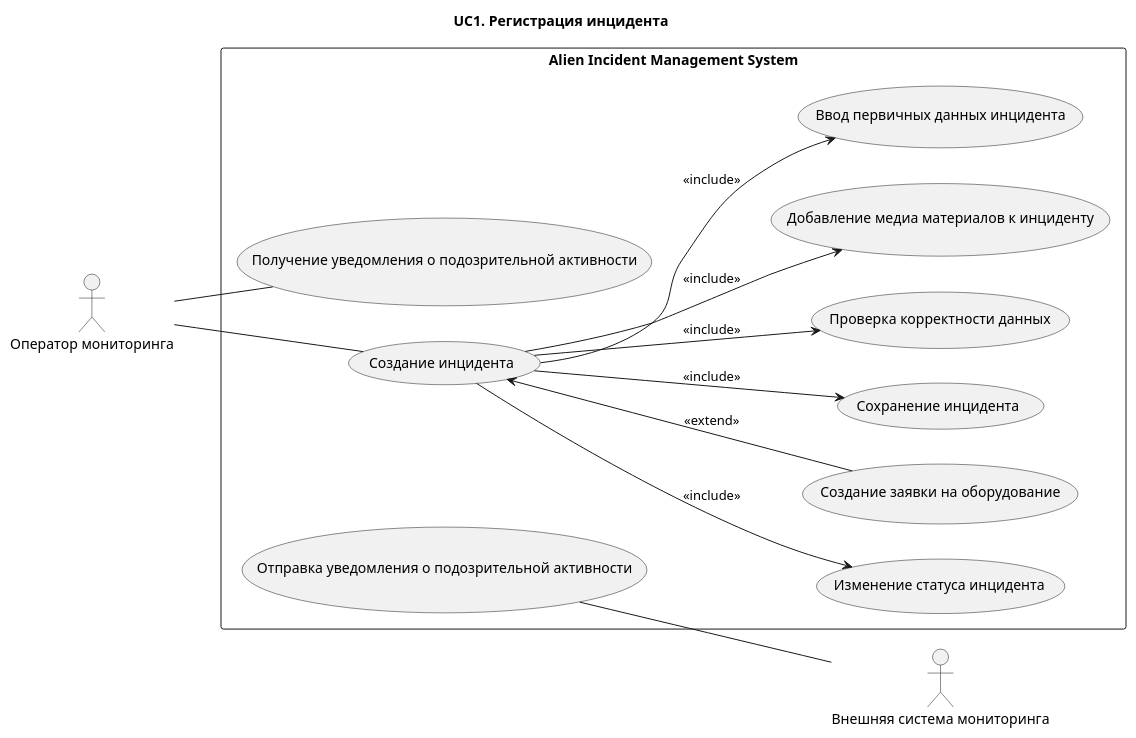
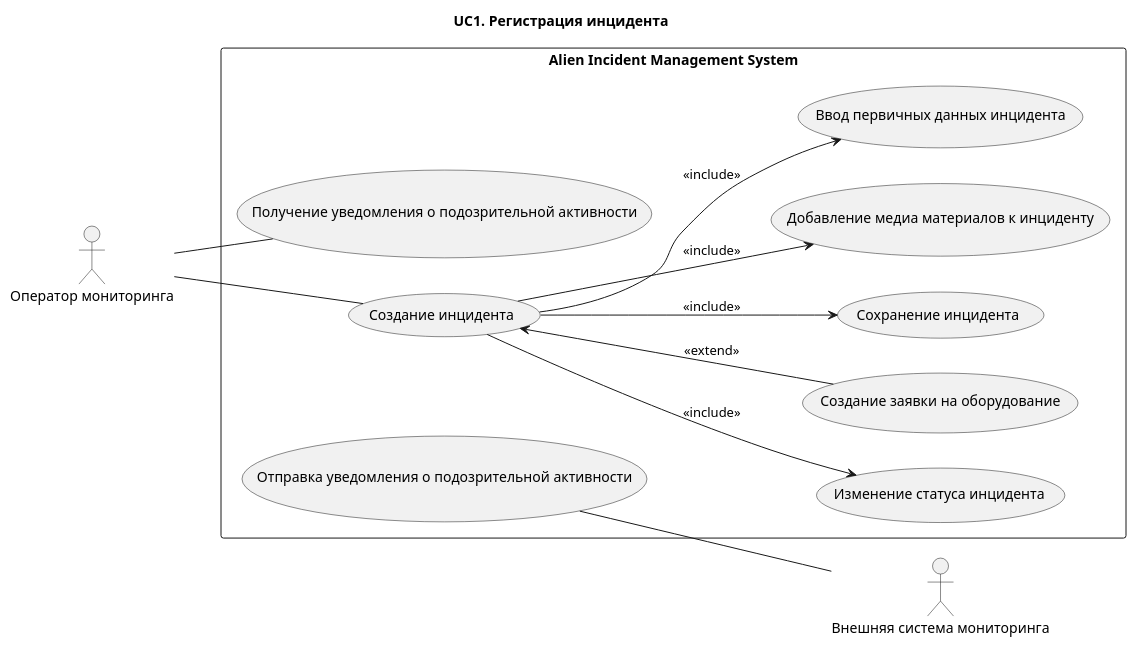
Before and after one commit to Andryss/AIMS: the first of 4 diagrams in docs/use-case/UC1.md, drawn with PlantUML. The commit also changed other lines of this file and 23 other files, not shown here.

Commit message:
docs: refine use-case diagrams and centralize rendering commands

````diff
--- a/docs/use-case/UC1.md
+++ b/docs/use-case/UC1.md
@@ -5,38 +5,36 @@
 ```plantuml
 @startuml
 title UC1. Регистрация инцидента
 left to right direction
 
 actor "Оператор мониторинга" as Operator
 actor "Внешняя система мониторинга" as ExternalMonitoring
 
 rectangle "Alien Incident Management System" {
 
 (Отправка уведомления о подозрительной активности) as UC01
 (Получение уведомления о подозрительной активности) as UC02
 
 (Создание инцидента) as UC11
 
 (Изменение статуса инцидента) as UC116
 (Создание заявки на оборудование) as UC115
 (Сохранение инцидента) as UC114
-(Проверка корректности данных) as UC113
 (Добавление медиа материалов к инциденту) as UC112
 (Ввод первичных данных инцидента) as UC111
 
 }
 
 UC01 -- ExternalMonitoring
 Operator -- UC02
 
 Operator -- UC11
 
 UC11 --> UC111 : <<include>>
 UC11 --> UC112 : <<include>>
-UC11 --> UC113 : <<include>>
 UC11 --> UC114 : <<include>>
 UC11 <-- UC115 : <<extend>>
 UC11 --> UC116 : <<include>>
 
 @enduml
 ```
````
